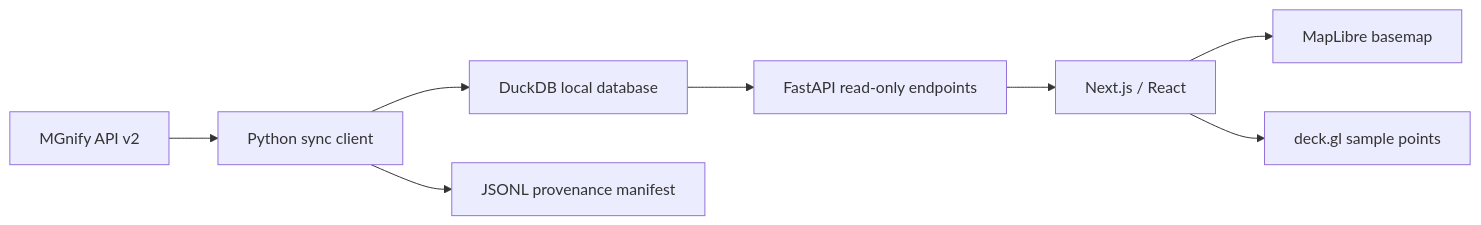
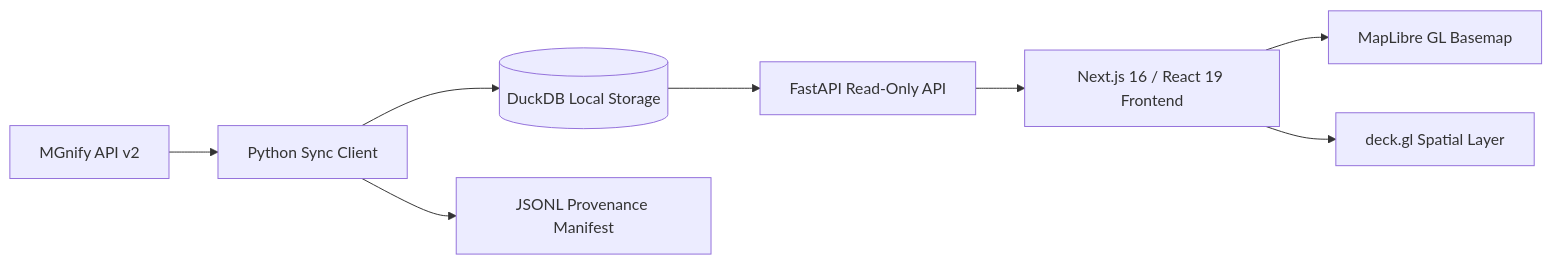
Before and after one commit to ranajahanzaib/microbial-ecology-map: the diagram in README.md, drawn with Mermaid. The commit also changed other lines of this file and 7 other files, not shown here.

````diff
--- a/README.md
+++ b/README.md
@@ -19,10 +68,10 @@
 ```mermaid
 flowchart LR
-  A[MGnify API v2] --> B[Python sync client]
-  B --> C[DuckDB local database]
-  B --> D[JSONL provenance manifest]
-  C --> E[FastAPI read-only endpoints]
-  E --> F[Next.js / React]
-  F --> G[MapLibre basemap]
-  F --> H[deck.gl sample points]
+  A[MGnify API v2] --> B[Python Sync Client]
+  B --> C[(DuckDB Local Storage)]
+  B --> D[JSONL Provenance Manifest]
+  C --> E[FastAPI Read-Only API]
+  E --> F[Next.js 16 / React 19 Frontend]
+  F --> G[MapLibre GL Basemap]
+  F --> H[deck.gl Spatial Layer]
 ```
````
